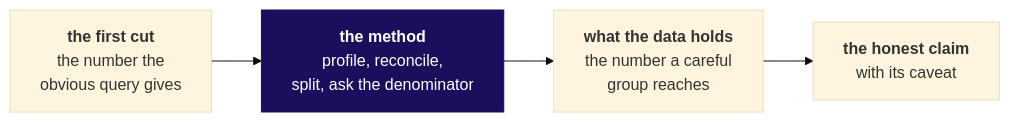
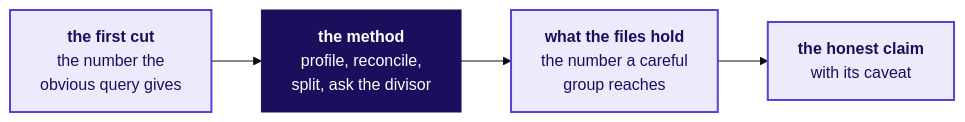
One commit to fde-academy-lab/c2-content-factory changed the diagram in content/W03/SAT/trainer/C2_W03_SAT_question_bank_TRAINER.md. Above: the diagram before and after it, drawn with Mermaid (base theme). The commit also changed other lines of this file and 1 other file, not shown here.

````diff
--- a/content/W03/SAT/trainer/C2_W03_SAT_question_bank_TRAINER.md
+++ b/content/W03/SAT/trainer/C2_W03_SAT_question_bank_TRAINER.md
@@ -19,8 +86,10 @@
 ```mermaid
 flowchart LR
-    A["<b>the first cut</b><br/>the number the<br/>obvious query gives"] --> B["<b>the method</b><br/>profile, reconcile,<br/>split, ask the denominator"]
-    B --> C["<b>what the data holds</b><br/>the number a careful<br/>group reaches"]
+    A["<b>the first cut</b><br/>the number the<br/>obvious query gives"] --> B["<b>the method</b><br/>profile, reconcile,<br/>split, ask the divisor"]
+    B --> C["<b>what the files hold</b><br/>the number a careful<br/>group reaches"]
     C --> D["<b>the honest claim</b><br/>with its caveat"]
-    classDef core fill:#1A0F5C,stroke:#1A0F5C,color:#FFFFFF
-    class B core
+    classDef known fill:#EEEAFB,stroke:#5B3FD6,color:#1A0F5C,stroke-width:2px
+    classDef bet fill:#1A0F5C,stroke:#1A0F5C,color:#FFFFFF
+    class A,C,D known
+    class B bet
 ```
````
